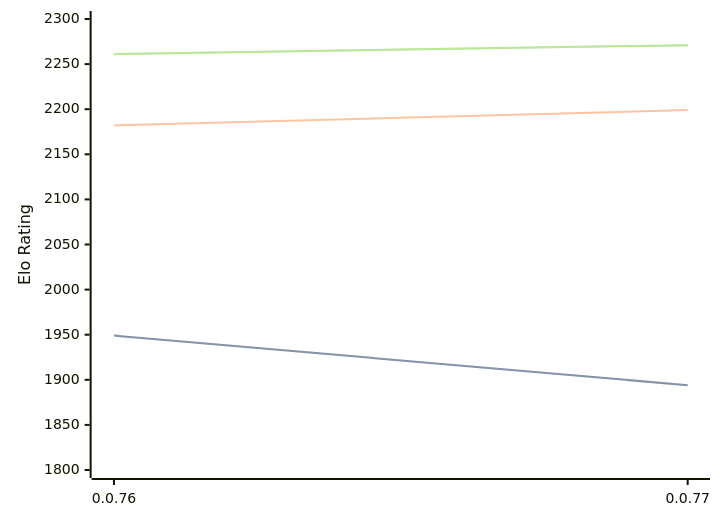
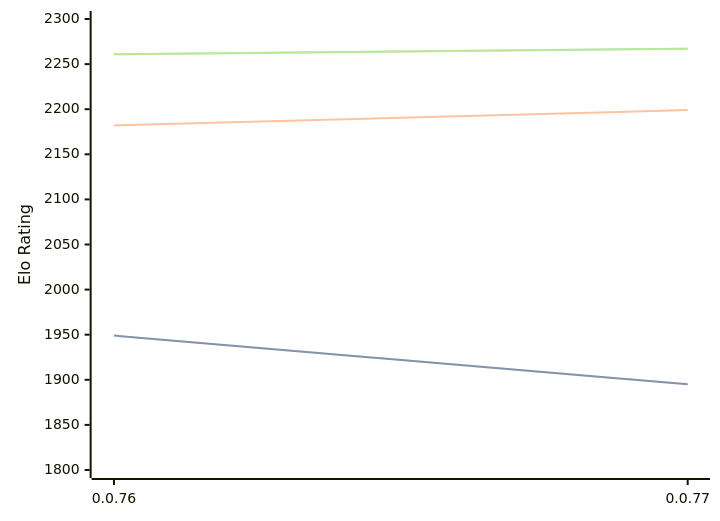
One commit to computer-chess-index/cci changed the diagram in engines/Fktb.md. Above: the diagram before and after it, drawn with Mermaid. The commit also changed other lines of this file, not shown here.

Commit message:
Update CCI Ratings (ELO VLTC) - 2026-05-07

````diff
--- a/engines/Fktb.md
+++ b/engines/Fktb.md
@@ -32,11 +32,11 @@
 ```mermaid
 %%{init: {"theme":"base","themeVariables":{"seriesColors:['#a3a3a3','#222221','#faa371']}}}%%
 xychart-beta
   x-axis ["0.0.76", "0.0.77"]
   y-axis "Elo Rating" 1800 --> 2300
-  line "STC (8.0+0.08s)" [1949, 1894]
-  line "STC (8.0+0.08s)" [1949, 1894]
+  line "STC (8.0+0.08s)" [1949, 1895]
+  line "STC (8.0+0.08s)" [1949, 1895]
   line "LTC (60.0+0.60s)" [2182, 2199]
-  line "VLTC (2m24s+1.12s)" [2261, 2271]
-  line "VLTC (2m24s+1.12s)" [2261, 2271]
+  line "VLTC (2m24s+1.12s)" [2261, 2267]
+  line "VLTC (2m24s+1.12s)" [2261, 2267]
 ```
````
